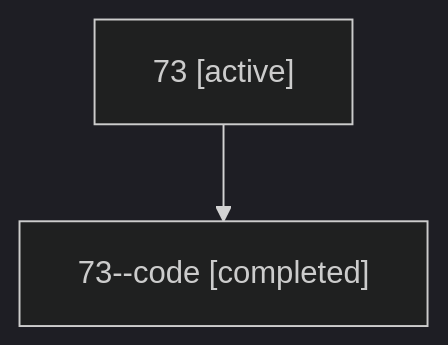
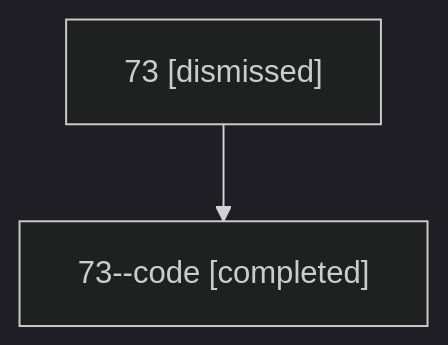
Before and after one commit to sase-org/sase--agents: the diagram in sessions/bbugyi200.athena.73.md, drawn with Mermaid (dark theme). The commit also changed other lines of this file and 18 other files, not shown here.

````diff
--- a/sessions/bbugyi200.athena.73.md
+++ b/sessions/bbugyi200.athena.73.md
@@ -9,6 +9,6 @@
 ```mermaid
 flowchart TD
-  n0["73 [active]"]
+  n0["73 [dismissed]"]
   n1["73--code [completed]"]
   n0 --> n1
 ```
````
